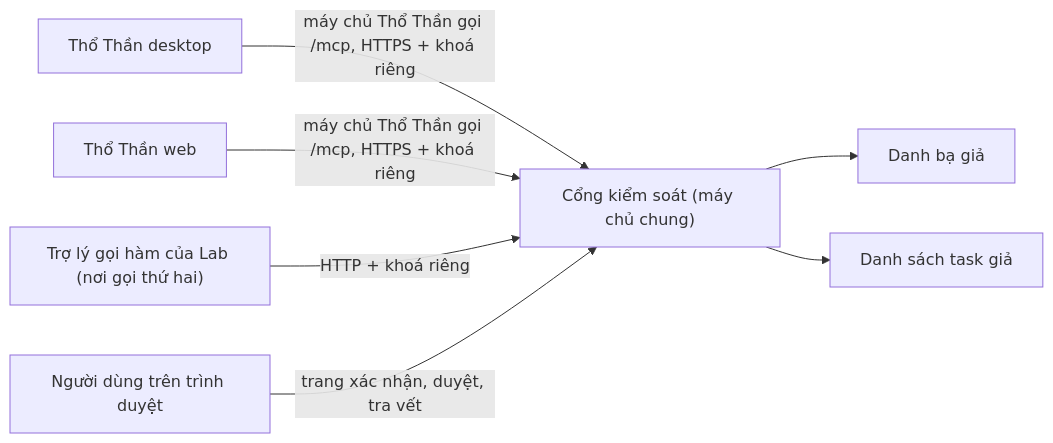
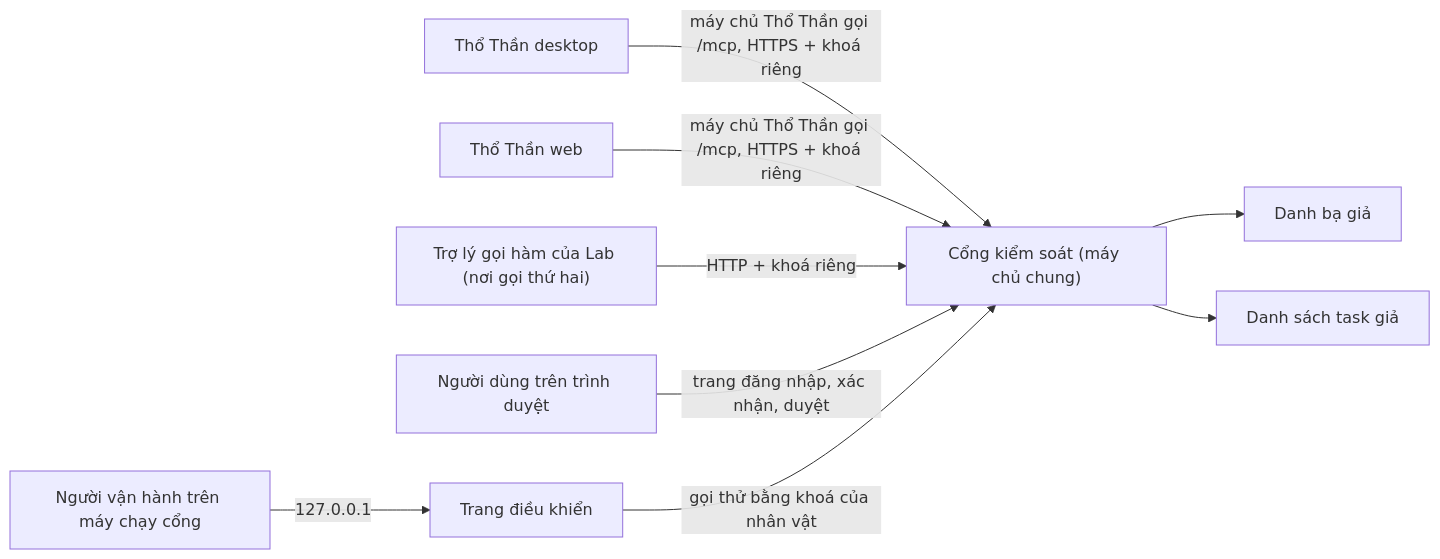
Before and after one commit to Park-Hip/agentlize-intern: the diagram in rd/design/mvp-spec.md, drawn with Mermaid. The commit also changed other lines of this file and 2 other files, not shown here.

Commit message:
Write ADR-0006 on the operator console
Add a loopback-only console beside the gateway to view tools, edit roles
and visible fields, call tools as each persona and read source data and
the trace. Update the spec architecture and the glossary to match.

Refs #42

````diff
--- a/rd/design/mvp-spec.md
+++ b/rd/design/mvp-spec.md
@@ -101,9 +101,11 @@
 ```mermaid
 flowchart LR
     TT["Thổ Thần desktop"] -->|"máy chủ Thổ Thần gọi /mcp, HTTPS + khoá riêng"| GW["Cổng kiểm soát (máy chủ chung)"]
     WEB["Thổ Thần web"] -->|"máy chủ Thổ Thần gọi /mcp, HTTPS + khoá riêng"| GW
     FC["Trợ lý gọi hàm của Lab (nơi gọi thứ hai)"] -->|"HTTP + khoá riêng"| GW
-    U["Người dùng trên trình duyệt"] -->|"trang xác nhận, duyệt, tra vết"| GW
+    U["Người dùng trên trình duyệt"] -->|"trang đăng nhập, xác nhận, duyệt"| GW
+    OP["Người vận hành trên máy chạy cổng"] -->|"127.0.0.1"| CON["Trang điều khiển"]
+    CON -->|"gọi thử bằng khoá của nhân vật"| GW
     GW --> DS["Danh bạ giả"]
     GW --> TS["Danh sách task giả"]
 ```
````
